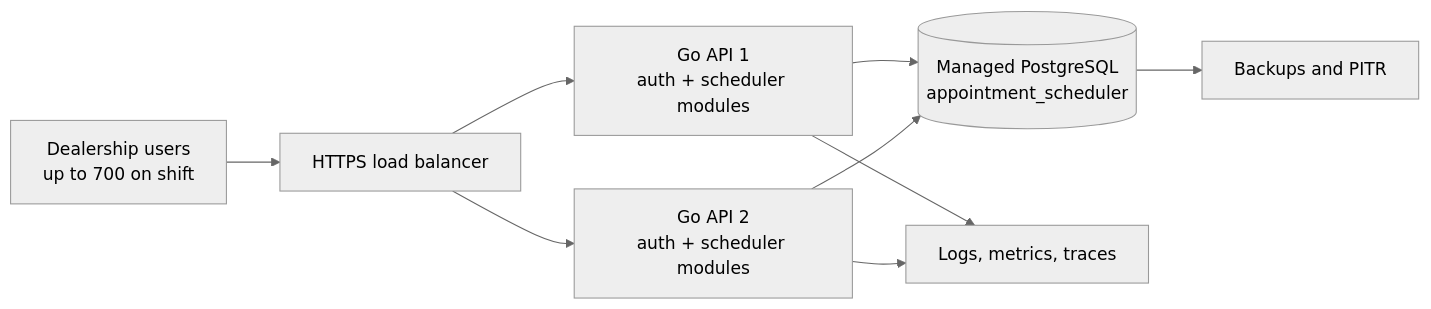
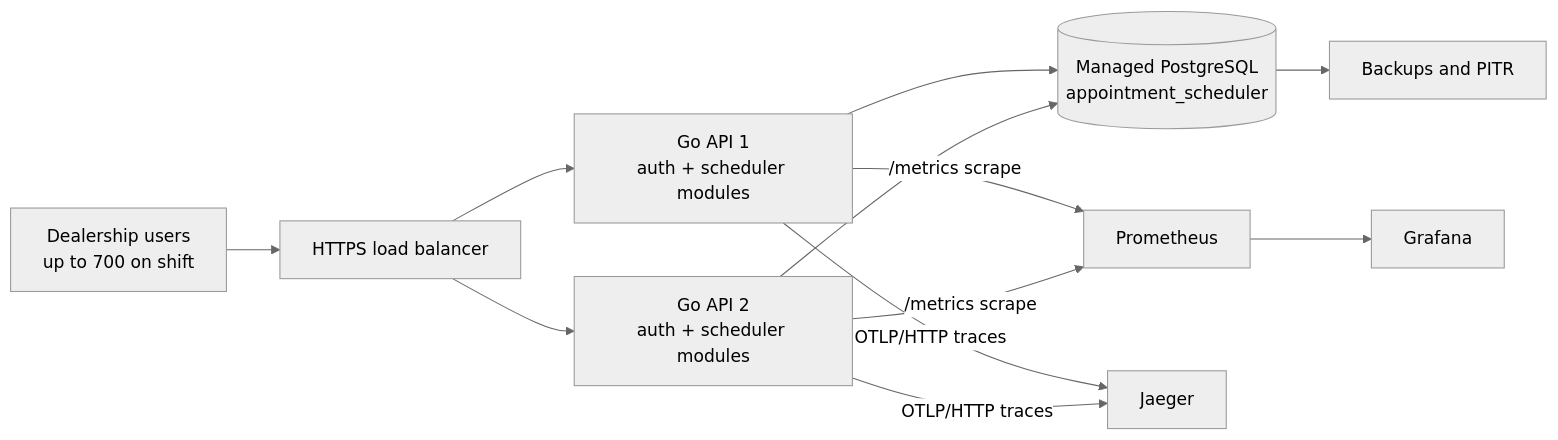
Before and after one commit to hieutranagi47/assessment: the first of 4 diagrams in 2. SYSTEM_DESIGN.md, drawn with Mermaid (neutral theme). The commit also changed other lines of this file and 17 other files, not shown here.

```diff
--- a/2. SYSTEM_DESIGN.md
+++ b/2. SYSTEM_DESIGN.md
@@ -39,11 +39,14 @@
 ~~~mermaid
 flowchart LR
     U[Dealership users<br/>up to 700 on shift] --> LB[HTTPS load balancer]
     LB --> A1[Go API 1<br/>auth + scheduler modules]
     LB --> A2[Go API 2<br/>auth + scheduler modules]
     A1 --> PG[(Managed PostgreSQL<br/>appointment_scheduler)]
     A2 --> PG
-    A1 --> O[Logs, metrics, traces]
-    A2 --> O
+    A1 -->|/metrics scrape| PR[Prometheus]
+    A2 -->|/metrics scrape| PR
+    PR --> GR[Grafana]
+    A1 -->|OTLP/HTTP traces| J[Jaeger]
+    A2 -->|OTLP/HTTP traces| J
     PG --> B[Backups and PITR]
 ~~~
```
